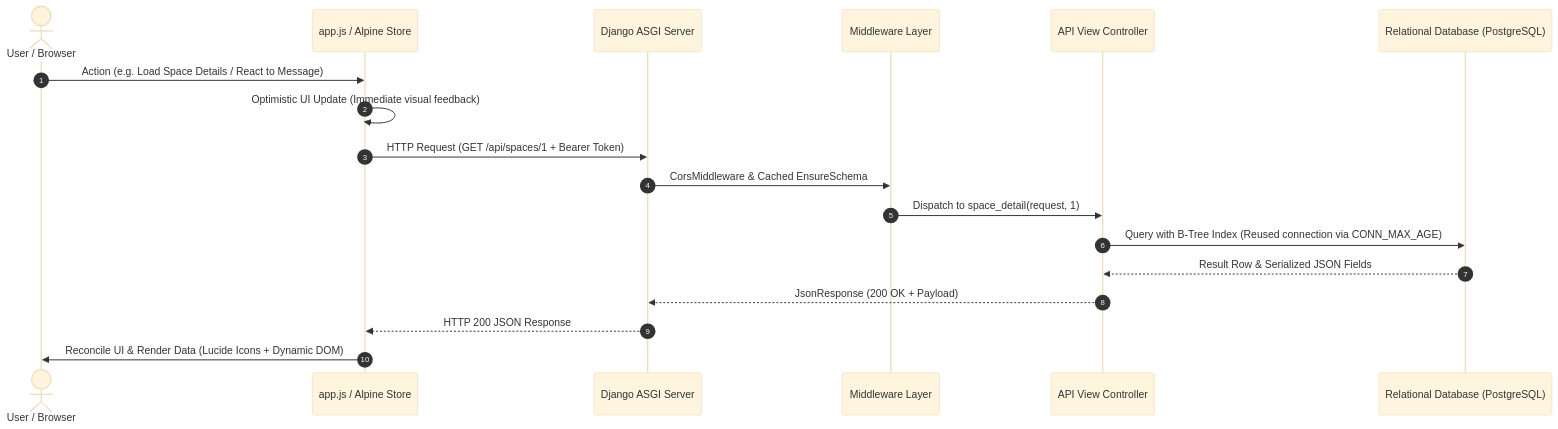
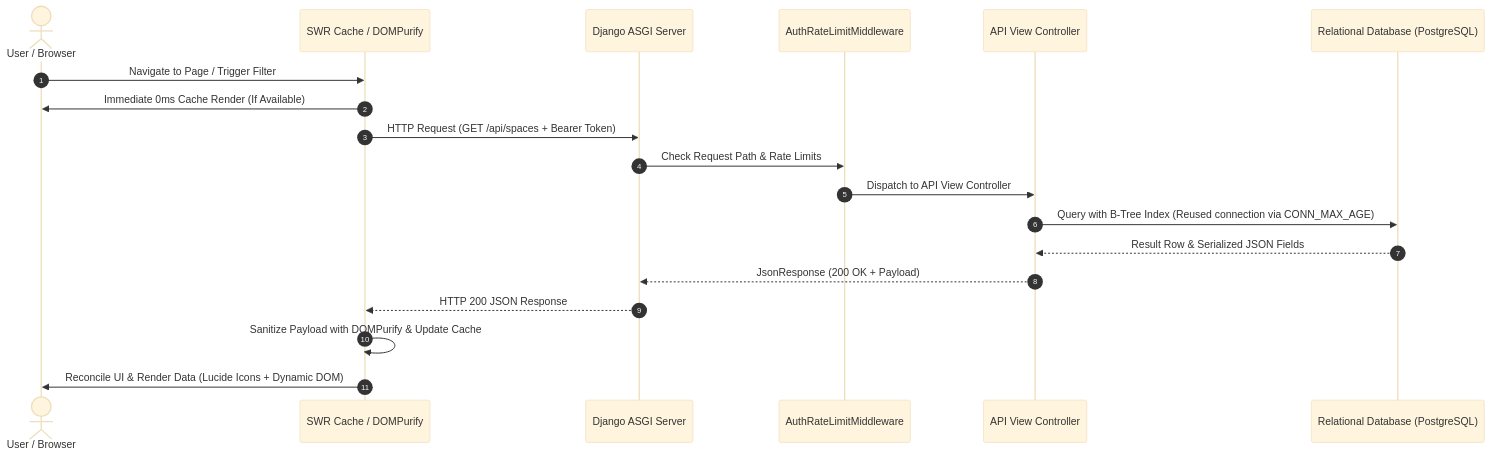
One commit to Abubakkar-Khan/coworkconnect changed the second of 8 diagrams in README.md. Above: the diagram before and after it, drawn with Mermaid (base theme). The commit also changed other lines of this file and 16 other files, not shown here.

First line of the commit message:
Add authentication rate limiting middleware and enhance UI with DOMPurify

````diff
--- a/README.md
+++ b/README.md
@@ -96,21 +99,22 @@
 ```mermaid
 sequenceDiagram
     autonumber
     actor User as User / Browser
-    participant AppJS as app.js / Alpine Store
+    participant SWR as SWR Cache / DOMPurify
     participant Server as Django ASGI Server
-    participant Middleware as Middleware Layer
+    participant RateLimiter as AuthRateLimitMiddleware
     participant View as API View Controller
     participant DB as Relational Database (PostgreSQL)
 
-    User->>AppJS: Action (e.g. Load Space Details / React to Message)
-    AppJS->>AppJS: Optimistic UI Update (Immediate visual feedback)
-    AppJS->>Server: HTTP Request (GET /api/spaces/1 + Bearer Token)
-    Server->>Middleware: CorsMiddleware & Cached EnsureSchema
-    Middleware->>View: Dispatch to space_detail(request, 1)
+    User->>SWR: Navigate to Page / Trigger Filter
+    SWR->>User: Immediate 0ms Cache Render (If Available)
+    SWR->>Server: HTTP Request (GET /api/spaces + Bearer Token)
+    Server->>RateLimiter: Check Request Path & Rate Limits
+    RateLimiter->>View: Dispatch to API View Controller
     View->>DB: Query with B-Tree Index (Reused connection via CONN_MAX_AGE)
     DB-->>View: Result Row & Serialized JSON Fields
     View-->>Server: JsonResponse (200 OK + Payload)
-    Server-->>AppJS: HTTP 200 JSON Response
-    AppJS->>User: Reconcile UI & Render Data (Lucide Icons + Dynamic DOM)
+    Server-->>SWR: HTTP 200 JSON Response
+    SWR->>SWR: Sanitize Payload with DOMPurify & Update Cache
+    SWR->>User: Reconcile UI & Render Data (Lucide Icons + Dynamic DOM)
 ```
````
